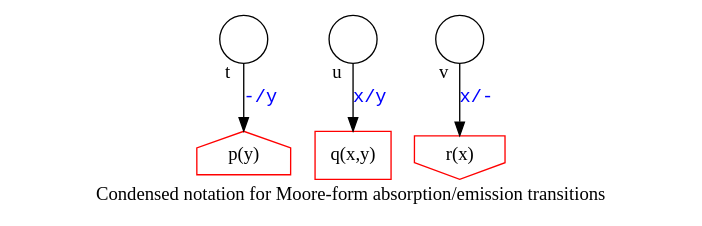
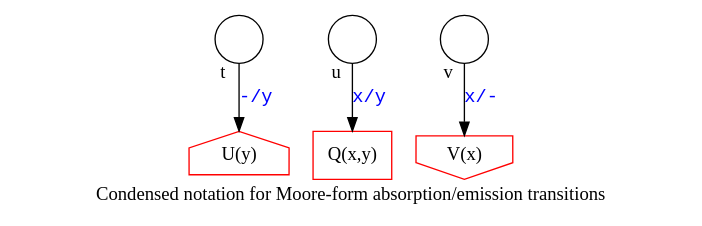
One commit to ihh/transducer-tutorial changed the diagram in condensed-emission.dot. Above: the diagram before and after it, drawn with Graphviz. The commit also changed 6 other files, not shown here.

```diff
--- a/condensed-emission.dot
+++ b/condensed-emission.dot
@@ -1,21 +1,21 @@
 digraph G {
 
     S [label="", shape=circle];
 
-    I [label="p(y)", shape=house, color=red];
+    I [label="U(y)", shape=house, color=red];
 
     W [label="", shape=circle];
     X [label="", shape=circle];
 
-    M [label="q(x,y)", shape=rect, color=red];
+    M [label="Q(x,y)", shape=rect, color=red];
 
-    D [label="r(x)", shape=invhouse, color=red];
+    D [label="V(x)", shape=invhouse, color=red];
 
 S->I [label="-/y" taillabel="t" labelangle=300 labeldistance=1.4 fontcolor="blue" labelfontcolor="black" fontname="Courier" labelfontname="Times"];
 
 W->M [label="x/y" taillabel="u" labelangle=300 labeldistance=1.4 fontcolor="blue" labelfontcolor="black" fontname="Courier" labelfontname="Times"];
 
 X->D [label="x/-" taillabel="v" labelangle=300 labeldistance=1.4 fontcolor="blue" labelfontcolor="black" fontname="Courier" labelfontname="Times"];
 
     label="Condensed notation for Moore-form absorption/emission transitions";
 }
```
